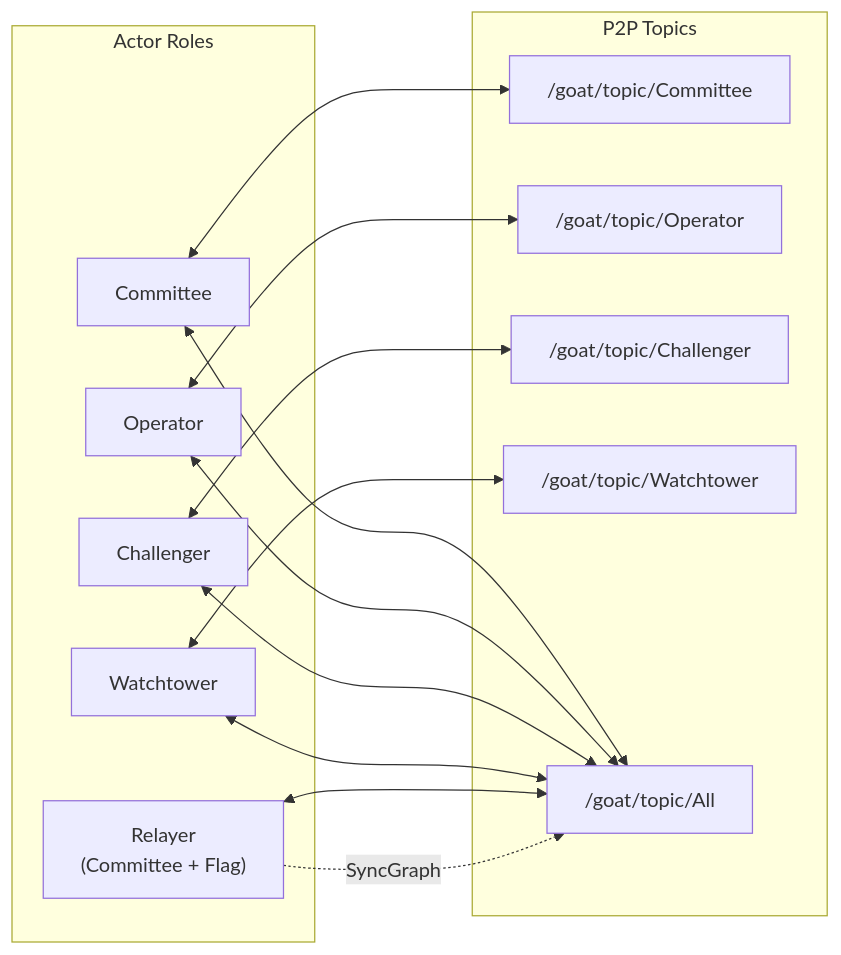
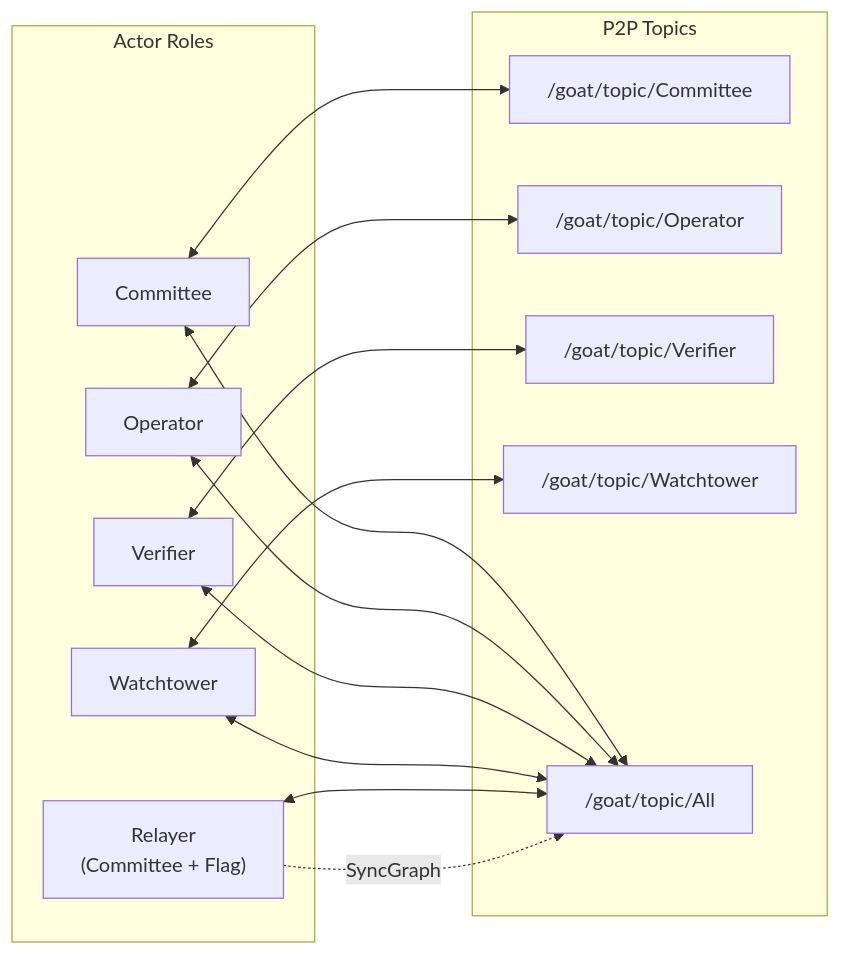
The second of 13 diagrams in node/README.md (KSlashh/bitvm2-node), drawn with Mermaid before and after one commit. The commit also changed other lines of this file and 271 other files, not shown here.

````diff
--- a/node/README.md
+++ b/node/README.md
@@ -106,25 +106,25 @@
 ```mermaid
 flowchart LR
     subgraph Actors["Actor Roles"]
         C["Committee"]
         O["Operator"]
-        CH["Challenger"]
+        V["Verifier"]
         W["Watchtower"]
         R["Relayer\n(Committee + Flag)"]
     end
 
     subgraph Network["P2P Topics"]
         TC["/goat/topic/Committee"]
         TO["/goat/topic/Operator"]
-        TCH["/goat/topic/Challenger"]
+        TV["/goat/topic/Verifier"]
         TW["/goat/topic/Watchtower"]
         TA["/goat/topic/All"]
     end
 
     C <--> TC
     O <--> TO
-    CH <--> TCH
+    V <--> TV
     W <--> TW
-    C & O & CH & W & R <--> TA
+    C & O & V & W & R <--> TA
     R -.->|"SyncGraph"| TA
 ```
````
